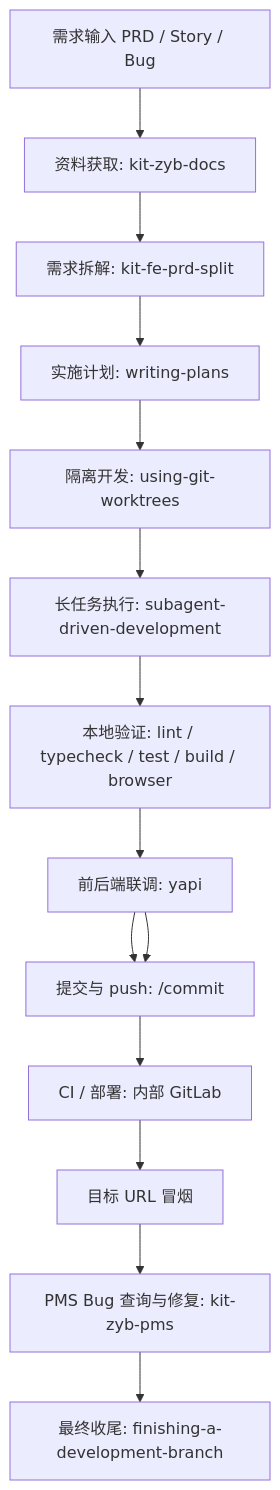
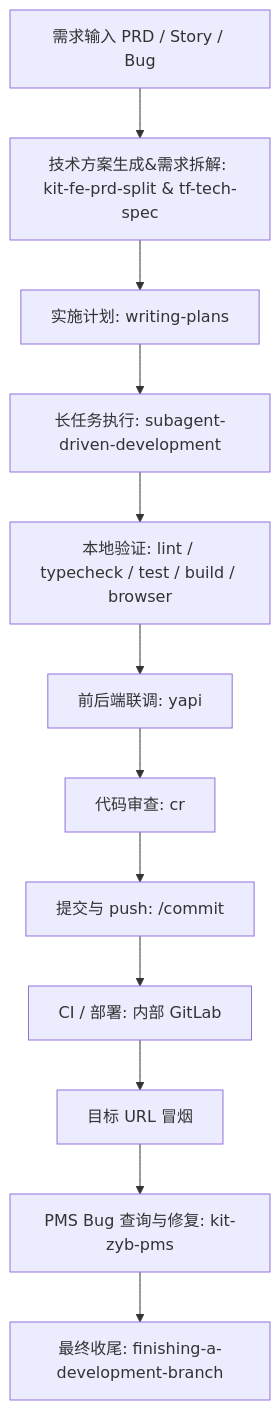
One commit to shouhutianshi/fe-gen2template changed the first of 2 diagrams in skills/fast-to-template/references/skills/tf-tech-spec/references/workflow.md. Above: the diagram before and after it, drawn with Mermaid. The commit also changed other lines of this file and 7 other files, not shown here.

````diff
--- a/skills/fast-to-template/references/skills/tf-tech-spec/references/workflow.md
+++ b/skills/fast-to-template/references/skills/tf-tech-spec/references/workflow.md
@@ -57,16 +59,14 @@
 ```mermaid
 flowchart TD
-  A["需求输入 PRD / Story / Bug"] --> B["资料获取: kit-zyb-docs"]
-  B --> C["需求拆解: kit-fe-prd-split"]
+  A["需求输入 PRD / Story / Bug"] --> C["技术方案生成&需求拆解: kit-fe-prd-split & tf-tech-spec"]
   C --> D["实施计划: writing-plans"]
-  D --> E["隔离开发: using-git-worktrees"]
-  E --> F["长任务执行: subagent-driven-development"]
+  D --> F["长任务执行: subagent-driven-development"]
   F --> G["本地验证: lint / typecheck / test / build / browser"]
   G --> H["前后端联调: yapi"]
-  H --> I["代码审查: cr"]
-  H --> I["提交与 push: /commit"]
-  I --> J["CI / 部署: 内部 GitLab"]
+  H --> I1["代码审查: cr"]
+  I1 --> I2["提交与 push: /commit"]
+  I2 --> J["CI / 部署: 内部 GitLab"]
   J --> K["目标 URL 冒烟"]
   K --> L["PMS Bug 查询与修复: kit-zyb-pms"]
   L --> M["最终收尾: finishing-a-development-branch"]
 ```
````
